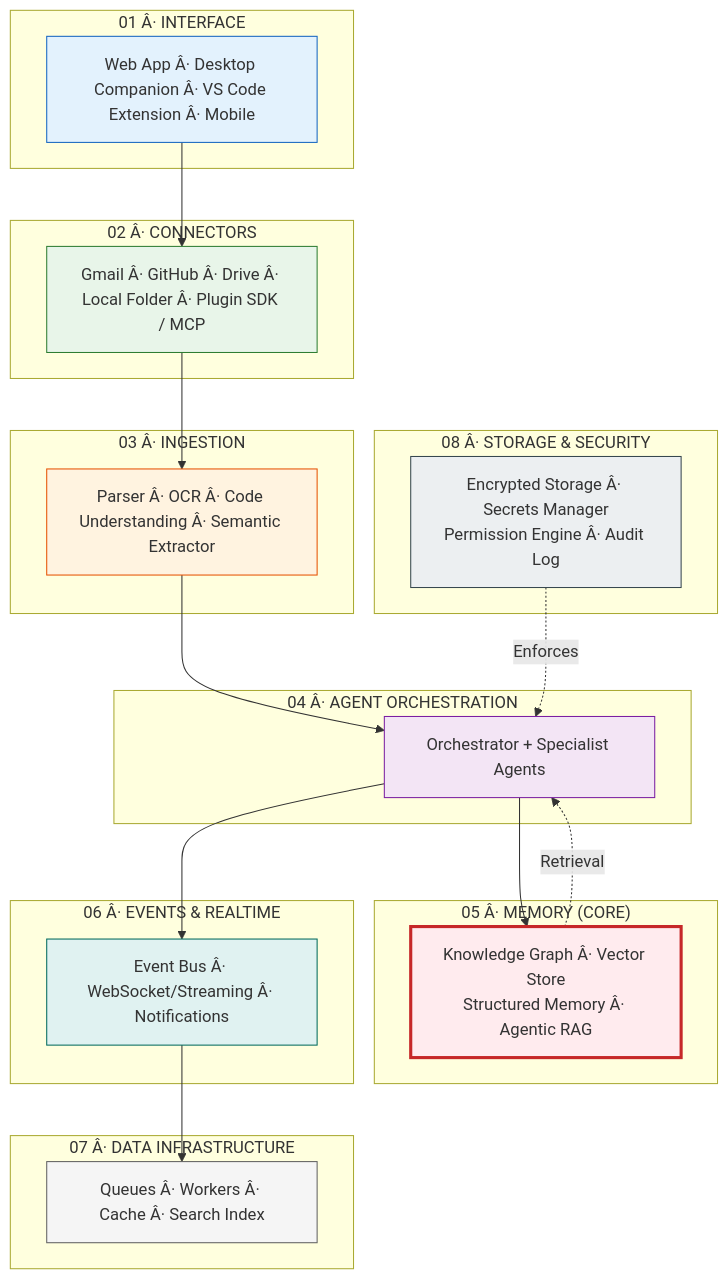
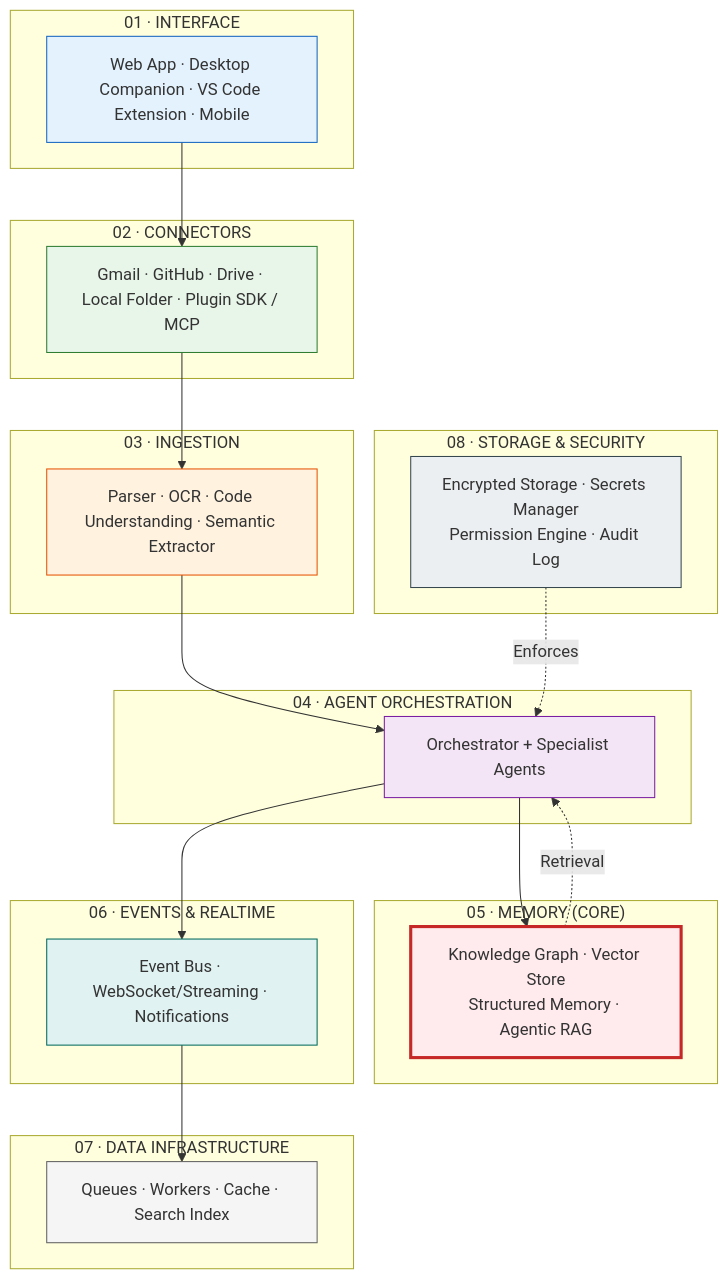
One commit to Driftloom/Vaeloom changed the diagram in Docs/Architecture/README.md. Above: the diagram before and after it, drawn with Mermaid. The commit also changed other lines of this file and 7 other files, not shown here.

Commit message:
docs(arch): add ADRs, C4 diagrams, and high-level design

````diff
--- a/Docs/Architecture/README.md
+++ b/Docs/Architecture/README.md
@@ -31,54 +31,54 @@
 ```mermaid
 graph TD
-    subgraph Layer01["01 Â· INTERFACE"]
-        L01["Web App Â· Desktop Companion Â· VS Code Extension Â· Mobile"]
+    subgraph Layer01["01 · INTERFACE"]
+        L01["Web App · Desktop Companion · VS Code Extension · Mobile"]
     end
-    subgraph Layer02["02 Â· CONNECTORS"]
-        L02["Gmail Â· GitHub Â· Drive Â· Local Folder Â· Plugin SDK / MCP"]
+    subgraph Layer02["02 · CONNECTORS"]
+        L02["Gmail · GitHub · Drive · Local Folder · Plugin SDK / MCP"]
     end
-    subgraph Layer03["03 Â· INGESTION"]
-        L03["Parser Â· OCR Â· Code Understanding Â· Semantic Extractor"]
+    subgraph Layer03["03 · INGESTION"]
+        L03["Parser · OCR · Code Understanding · Semantic Extractor"]
     end
-    subgraph Layer04["04 Â· AGENT ORCHESTRATION"]
+    subgraph Layer04["04 · AGENT ORCHESTRATION"]
         L04["Orchestrator + Specialist Agents"]
     end
-    subgraph Layer05["05 Â· MEMORY (CORE)"]
-        L05["Knowledge Graph Â· Vector Store<br/>Structured Memory Â· Agentic RAG"]
+    subgraph Layer05["05 · MEMORY (CORE)"]
+        L05["Knowledge Graph · Vector Store<br/>Structured Memory · Agentic RAG"]
     end
-    subgraph Layer06["06 Â· EVENTS & REALTIME"]
-        L06["Event Bus Â· WebSocket/Streaming Â· Notifications"]
+    subgraph Layer06["06 · EVENTS & REALTIME"]
+        L06["Event Bus · WebSocket/Streaming · Notifications"]
     end
-    subgraph Layer07["07 Â· DATA INFRASTRUCTURE"]
-        L07["Queues Â· Workers Â· Cache Â· Search Index"]
+    subgraph Layer07["07 · DATA INFRASTRUCTURE"]
+        L07["Queues · Workers · Cache · Search Index"]
     end
-    subgraph Layer08["08 Â· STORAGE & SECURITY"]
-        L08["Encrypted Storage Â· Secrets Manager<br/>Permission Engine Â· Audit Log"]
+    subgraph Layer08["08 · STORAGE & SECURITY"]
+        L08["Encrypted Storage · Secrets Manager<br/>Permission Engine · Audit Log"]
     end
 
     L01 --> L02
     L02 --> L03
     L03 --> L04
     L04 --> L05
     L05 -.->|Retrieval| L04
     L04 --> L06
     L06 --> L07
     L08 -.->|Enforces| L04
 
     classDef layer1 fill:#e3f2fd,stroke:#1565c0
     classDef layer2 fill:#e8f5e9,stroke:#2e7d32
     classDef layer3 fill:#fff3e0,stroke:#e65100
     classDef layer4 fill:#f3e5f5,stroke:#7b1fa2
     classDef layer5 fill:#ffebee,stroke:#c62828,stroke-width:3px
     classDef layer6 fill:#e0f2f1,stroke:#00695c
     classDef layer7 fill:#f5f5f5,stroke:#616161
     classDef layer8 fill:#eceff1,stroke:#37474f
 
     class L01 layer1
     class L02 layer2
     class L03 layer3
     class L04 layer4
     class L05 layer5
     class L06 layer6
     class L07 layer7
     class L08 layer8
 ```
````
